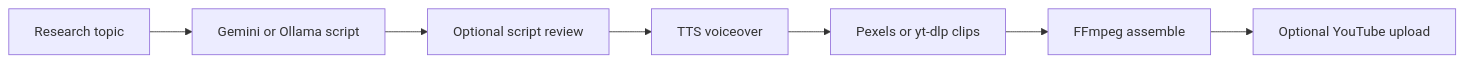
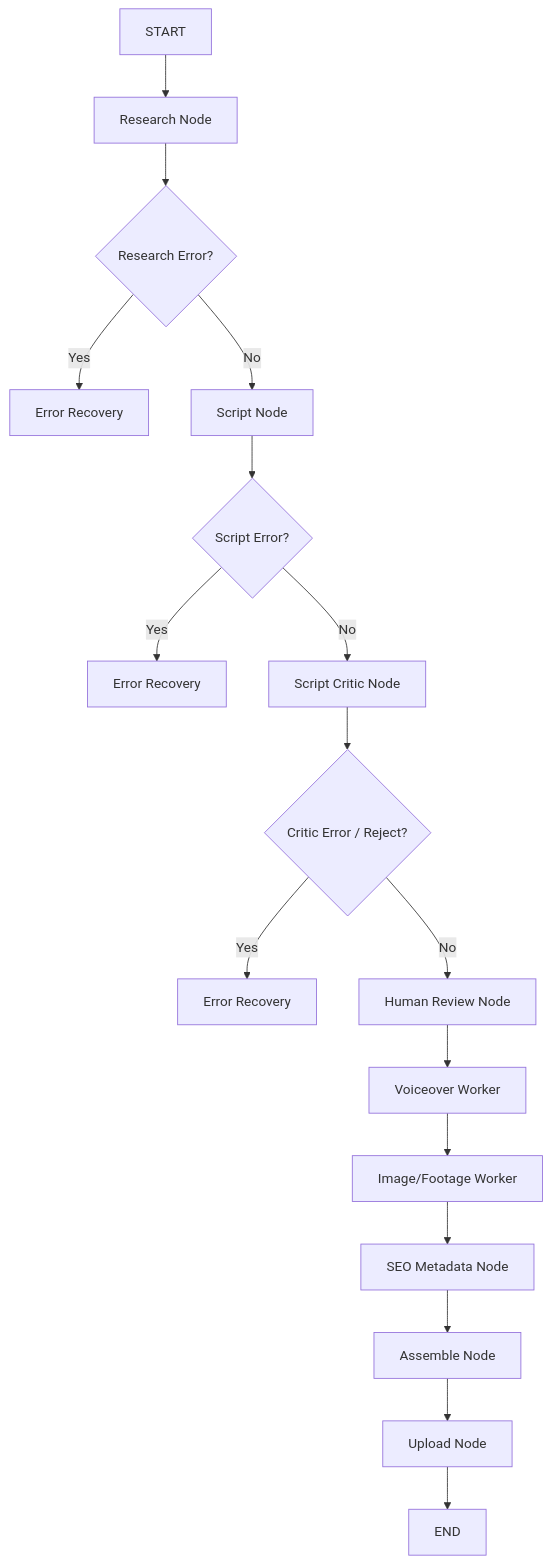
One commit to HunterisLive-1/ghost-creator changed the diagram in README.md. Above: the diagram before and after it, drawn with Mermaid. The commit also changed other lines of this file and 13 other files, not shown here.

````diff
--- a/README.md
+++ b/README.md
@@ -55,9 +61,22 @@
 ```mermaid
-flowchart LR
-    Research[Research topic] --> Script[Gemini or Ollama script]
-    Script --> Review[Optional script review]
-    Review --> Voice[TTS voiceover]
-    Voice --> Footage[Pexels or yt-dlp clips]
-    Footage --> Assembly[FFmpeg assemble]
-    Assembly --> Upload[Optional YouTube upload]
+flowchart TD
+    START --> Research[Research Node]
+    Research --> check1{Research Error?}
+    check1 -->|Yes| Recovery1[Error Recovery]
+    check1 -->|No| Script[Script Node]
+    
+    Script --> check2{Script Error?}
+    check2 -->|Yes| Recovery2[Error Recovery]
+    check2 -->|No| Critic[Script Critic Node]
+    
+    Critic --> check3{Critic Error / Reject?}
+    check3 -->|Yes| Recovery3[Error Recovery]
+    check3 -->|No| Review[Human Review Node]
+    
+    Review --> Voice[Voiceover Worker]
+    Voice --> Footage[Image/Footage Worker]
+    Footage --> SEO[SEO Metadata Node]
+    SEO --> Assemble[Assemble Node]
+    Assemble --> Upload[Upload Node]
+    Upload --> END
 ```
````
